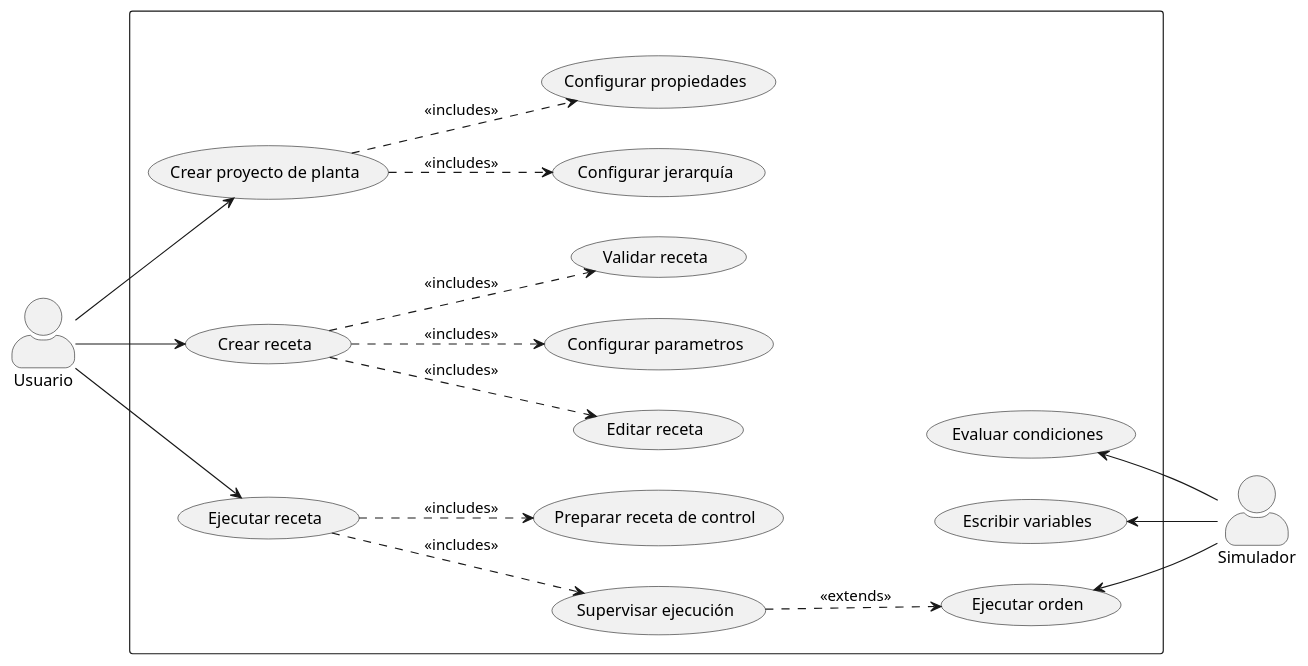
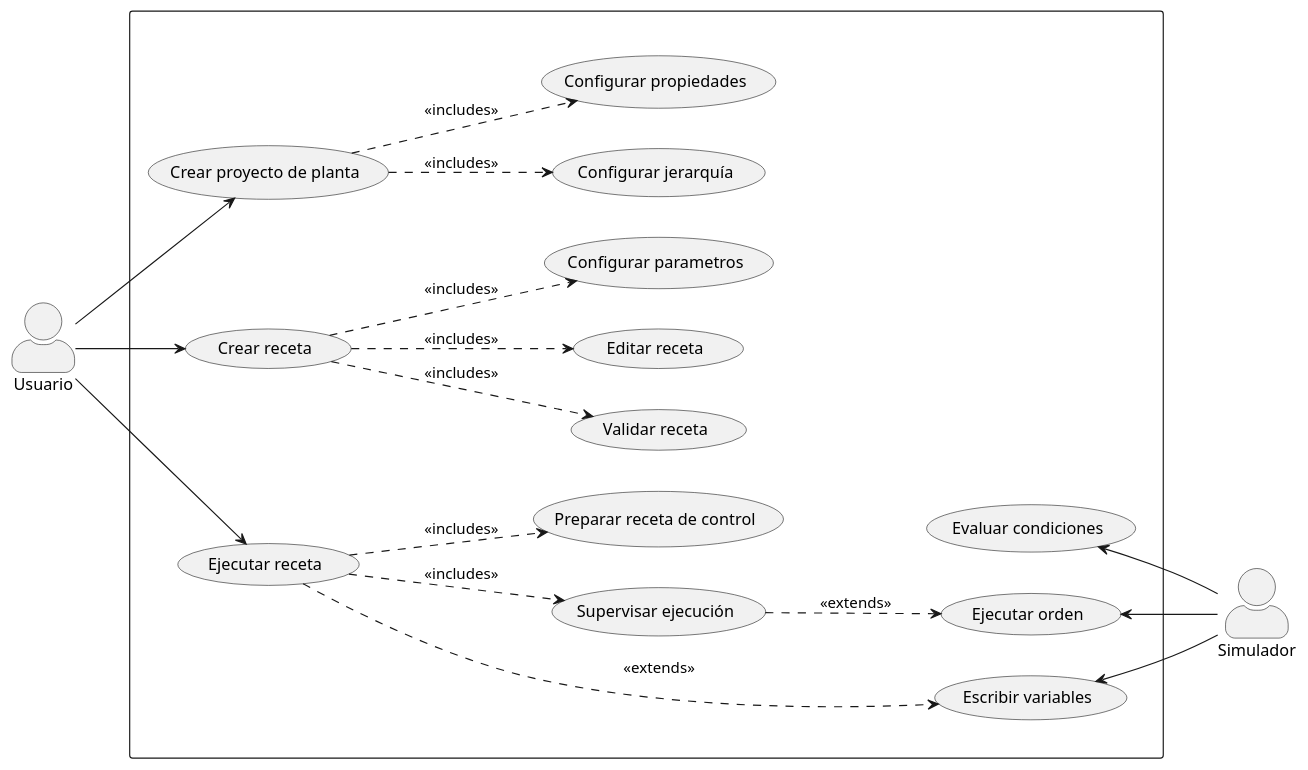
One commit to Dandrvms/diagramas-y-referencias changed the diagram in casos-de-uso.puml. Above: the diagram before and after it, drawn with PlantUML. The commit also changed 15 other files, not shown here.

Commit message:
Analasys Classes Diagrams

```diff
--- a/casos-de-uso.puml
+++ b/casos-de-uso.puml
@@ -1,73 +1,73 @@
 @startuml
 ' Fuerza la dirección de izquierda a derecha
 left to right direction
 skinparam actorStyle awesome
 
 ' Definición de Actores
 actor "Usuario" as user
 actor "Simulador" as sim
 
 ' Cuadro que representa el entorno de la aplicación
 rectangle " " {
     
     ' --- CASOS DE USO DEL USUARIO (Izquierda) ---
     usecase "Crear proyecto de planta" as proj
     usecase "Crear receta" as recipe
     usecase "Ejecutar receta" as exec
 
     ' Sub-casos del usuario (Centro)
     usecase "Configurar jerarquía" as confproj
     usecase "Configurar propiedades" as props
     usecase "Editar receta" as edit
 
     usecase "Configurar parametros" as params
     usecase "Validar receta" as validate
 
     usecase "Preparar receta de control" as control
     usecase "Supervisar ejecución" as monitor
 
     
     ' --- CASOS DE USO DEL SIMULADOR (Derecha) ---
     together {
         usecase "Evaluar condiciones" as eval
         usecase "Escribir variables" as write
         usecase "Ejecutar orden" as command
     }
     
     ' --- FORZAR LA DISPOSICIÓN (Layout) ---
     ' En "left to right", un enlace oculto hacia abajo = una columna más a la derecha
 
     monitor -[hidden]-> command
     control -[hidden]-> eval
 
     ' --- Dependencias entre Casos de Uso ---
     proj ..> confproj : <<includes>>
     proj ..> props : <<includes>>
 
     recipe ..> edit : <<includes>>
 
     recipe ..> params : <<includes>>
     recipe ..> validate : <<includes>>
 
 
     exec ..> control : <<includes>>
     exec ..> monitor : <<includes>>
+    exec ..> write : <<extends>>
 
-    
     ' Dependencias del Simulador (apuntando hacia la izquierda)
     ' ".up." en este modo = flecha hacia la izquierda, así el origen queda a la derecha
 
     command <.up. monitor : <<extends>>
 }
 
 ' --- Conexiones del Usuario (Izquierda -> Derecha) ---
 user --> proj
 user --> recipe
 user --> exec
 
 ' --- Conexiones del Simulador (Derecha -> Izquierda) ---
 eval <-- sim
 write <-- sim
 command <-- sim
 
 @enduml
```
